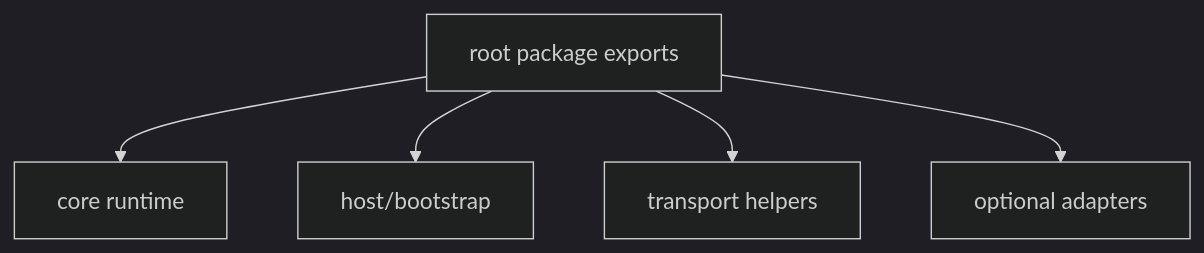
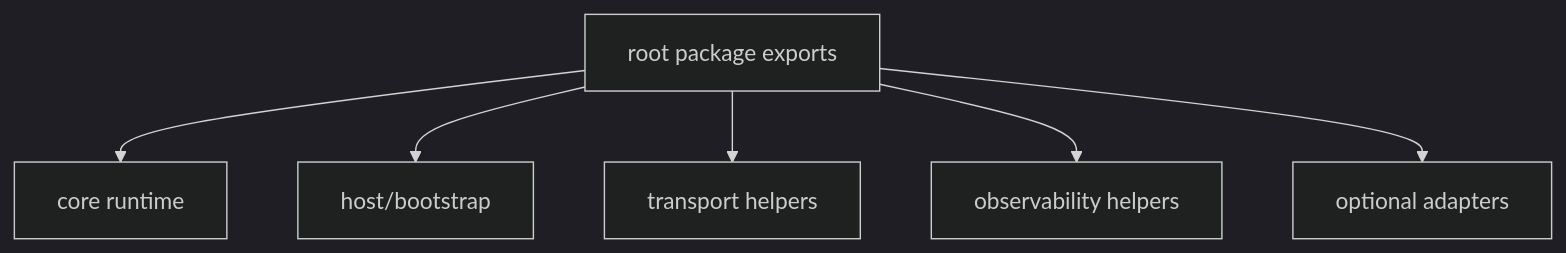
The first of 2 diagrams in docs/ARCHITECTURE.md (idenstra/messaging-runtime), drawn with Mermaid (dark theme) before and after one commit. The commit also changed other lines of this file and 29 other files, not shown here.

Commit message:
add OTEL observability helpers

````diff
--- a/docs/ARCHITECTURE.md
+++ b/docs/ARCHITECTURE.md
@@ -61,13 +67,15 @@
 ```mermaid
 flowchart TD
   Root["root package exports"]
   Core["core runtime"]
   Host["host/bootstrap"]
   Transport["transport helpers"]
+  Observability["observability helpers"]
   Adapter["optional adapters"]
 
   Root --> Core
   Root --> Host
   Root --> Transport
+  Root --> Observability
   Root --> Adapter
 ```
````
